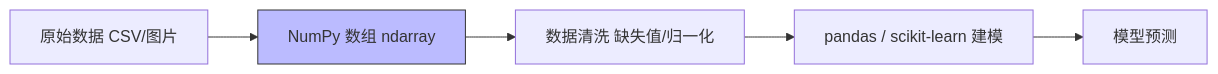
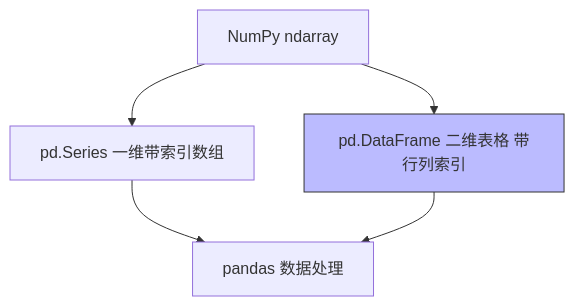
The diagram in docs/AppendixB/index.md (wizardforcel/baizhan-kaggle), drawn with Mermaid before and after one commit. The commit also changed other lines of this file, not shown here.

Commit message:
Rewrite Appendix B: pandas quick reference aligned with outline

````diff
--- a/docs/AppendixB/index.md
+++ b/docs/AppendixB/index.md
@@ -9,8 +9,8 @@
 ```mermaid
-flowchart LR
-    A[原始数据 CSV/图片] --> B[NumPy 数组 ndarray]
-    B --> C[数据清洗 缺失值/归一化]
-    C --> D[pandas / scikit-learn 建模]
-    D --> E[模型预测]
-    style B fill:#bbf,stroke:#333
+flowchart TB
+    A[NumPy ndarray] --> B[pd.Series 一维带索引数组]
+    A --> C[pd.DataFrame 二维表格 带行列索引]
+    B --> D[pandas 数据处理]
+    C --> D
+    style C fill:#bbf,stroke:#333
 ```
````
